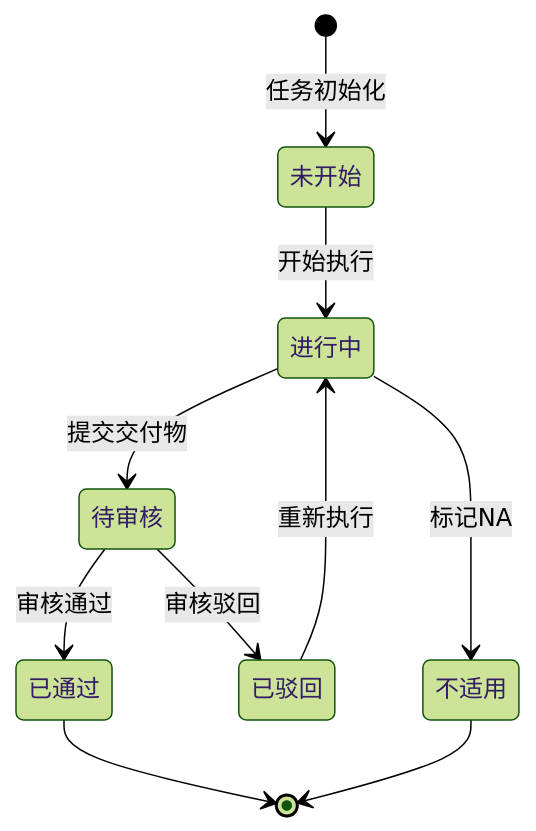
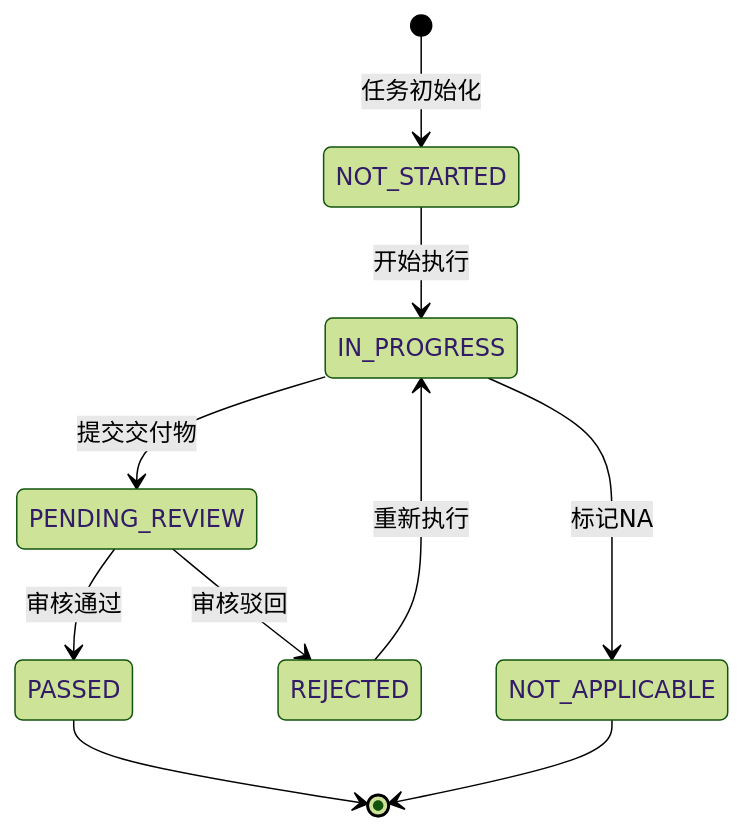
The ninth of 17 diagrams in docs/workflow/business-flow.md (vickiechen1128/CRTAssistant_demo), drawn with Mermaid (forest theme) before and after one commit. The commit also changed other lines of this file and 19 other files, not shown here.

````diff
--- a/docs/workflow/business-flow.md
+++ b/docs/workflow/business-flow.md
@@ -165,12 +280,12 @@
 ```mermaid
 stateDiagram-v2
-    [*] --> 未开始: 任务初始化
-    未开始 --> 进行中: 开始执行
-    进行中 --> 待审核: 提交交付物
-    待审核 --> 已通过: 审核通过
-    待审核 --> 已驳回: 审核驳回
-    已驳回 --> 进行中: 重新执行
-    已通过 --> [*]
-    进行中 --> 不适用: 标记NA
-    不适用 --> [*]
+    [*] --> NOT_STARTED: 任务初始化
+    NOT_STARTED --> IN_PROGRESS: 开始执行
+    IN_PROGRESS --> PENDING_REVIEW: 提交交付物
+    PENDING_REVIEW --> PASSED: 审核通过
+    PENDING_REVIEW --> REJECTED: 审核驳回
+    REJECTED --> IN_PROGRESS: 重新执行
+    PASSED --> [*]
+    IN_PROGRESS --> NOT_APPLICABLE: 标记NA
+    NOT_APPLICABLE --> [*]
 ```
````
